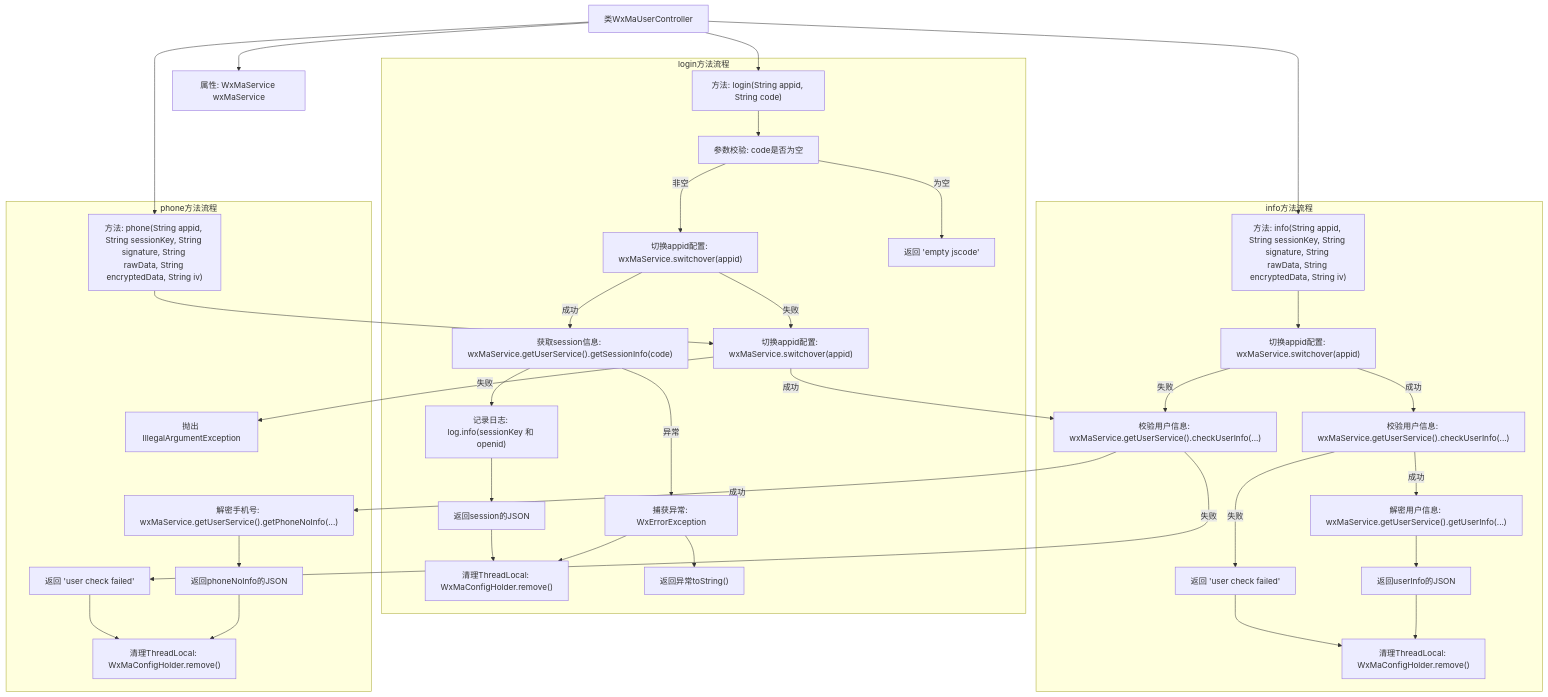
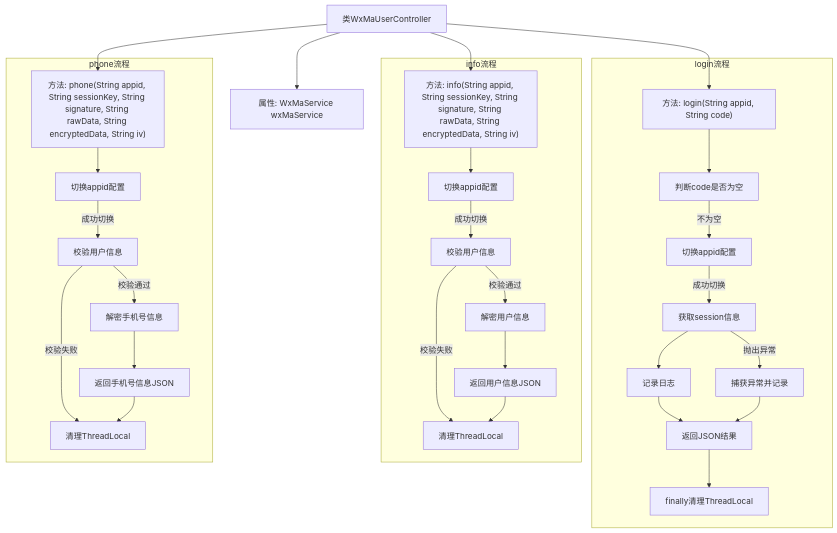
One commit to v-wjrong/binary_weixin-java-miniapp-demo changed the second of 2 diagrams in docs/zh/docs/src/main/java/com/github/binarywang/demo/wx/miniapp/controller/WxMaUserController.md. Above: the diagram before and after it, drawn with Mermaid. The commit also changed other lines of this file and 47 other files, not shown here.

````diff
--- a/docs/zh/docs/src/main/java/com/github/binarywang/demo/wx/miniapp/controller/WxMaUserController.md
+++ b/docs/zh/docs/src/main/java/com/github/binarywang/demo/wx/miniapp/controller/WxMaUserController.md
@@ -108,67 +98,62 @@
 ```mermaid
 graph TD
     A["类WxMaUserController"]
     B["属性: WxMaService wxMaService"]
     C["方法: login(String appid, String code)"]
     D["方法: info(String appid, String sessionKey, String signature, String rawData, String encryptedData, String iv)"]
     E["方法: phone(String appid, String sessionKey, String signature, String rawData, String encryptedData, String iv)"]
 
     A --> B
     A --> C
     A --> D
     A --> E
 
-    subgraph login方法流程
-        C1["参数校验: code是否为空"]
-        C2["切换appid配置: wxMaService.switchover(appid)"]
-        C3["获取session信息: wxMaService.getUserService().getSessionInfo(code)"]
-        C4["记录日志: log.info(sessionKey 和 openid)"]
-        C5["返回session的JSON"]
-        C6["捕获异常: WxErrorException"]
-        C7["清理ThreadLocal: WxMaConfigHolder.remove()"]
-        
+    subgraph login流程
+        C1["判断code是否为空"]
+        C2["切换appid配置"]
+        C3["获取session信息"]
+        C4["记录日志"]
+        C5["返回JSON结果"]
+        C6["捕获异常并记录"]
+        C7["finally清理ThreadLocal"]
+
         C --> C1
-        C1 -- "为空" --> R1["返回 'empty jscode'"]
-        C1 -- "非空" --> C2
-        C2 -- "失败" --> E1["抛出 IllegalArgumentException"]
-        C2 -- "成功" --> C3
+        C1 --"不为空"--> C2
+        C2 --"成功切换"--> C3
         C3 --> C4
         C4 --> C5
-        C3 -- 异常 --> C6
-        C6 --> R2["返回异常toString()"]
+        C3 --"抛出异常"--> C6
+        C6 --> C5
         C5 --> C7
-        C6 --> C7
     end
 
-    subgraph info方法流程
-        D1["切换appid配置: wxMaService.switchover(appid)"]
-        D2["校验用户信息: wxMaService.getUserService().checkUserInfo(...)"]
-        D3["解密用户信息: wxMaService.getUserService().getUserInfo(...)"]
-        D4["返回userInfo的JSON"]
-        D5["清理ThreadLocal: WxMaConfigHolder.remove()"]
+    subgraph info流程
+        D1["切换appid配置"]
+        D2["校验用户信息"]
+        D3["解密用户信息"]
+        D4["返回用户信息JSON"]
+        D5["清理ThreadLocal"]
 
         D --> D1
-        D1 -- "失败" --> E2["抛出 IllegalArgumentException"]
-        D1 -- "成功" --> D2
-        D2 -- "失败" --> R3["返回 'user check failed'"] --> D5
-        D2 -- "成功" --> D3
+        D1 --"成功切换"--> D2
+        D2 --"校验失败"--> D5
+        D2 --"校验通过"--> D3
         D3 --> D4
         D4 --> D5
     end
 
-    subgraph phone方法流程
-        E1["切换appid配置: wxMaService.switchover(appid)"]
-        E2["校验用户信息: wxMaService.getUserService().checkUserInfo(...)"]
-        E3["解密手机号: wxMaService.getUserService().getPhoneNoInfo(...)"]
-        E4["返回phoneNoInfo的JSON"]
-        E5["清理ThreadLocal: WxMaConfigHolder.remove()"]
+    subgraph phone流程
+        E1["切换appid配置"]
+        E2["校验用户信息"]
+        E3["解密手机号信息"]
+        E4["返回手机号信息JSON"]
+        E5["清理ThreadLocal"]
 
         E --> E1
-        E1 -- "失败" --> E3_1["抛出 IllegalArgumentException"]
-        E1 -- "成功" --> E2
-        E2 -- "失败" --> R4["返回 'user check failed'"] --> E5
-        E2 -- "成功" --> E3
+        E1 --"成功切换"--> E2
+        E2 --"校验失败"--> E5
+        E2 --"校验通过"--> E3
         E3 --> E4
         E4 --> E5
     end
 ```
````
